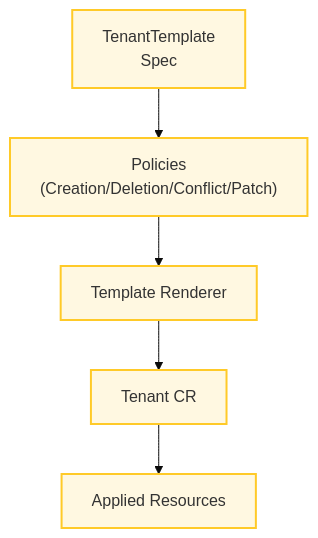
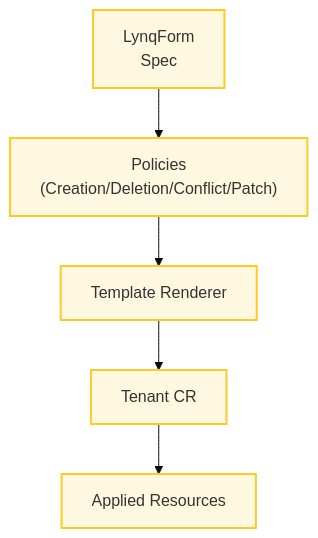
Before and after one commit to kubernetes-tenants/tenant-operator: the diagram in docs/configuration.md, drawn with Mermaid (base theme). The commit also changed other lines of this file and 193 other files, not shown here.

````diff
--- a/docs/configuration.md
+++ b/docs/configuration.md
@@ -107,13 +107,13 @@
 ```mermaid
 flowchart TB
-    Template["TenantTemplate<br/>Spec"]
+    Template["LynqForm<br/>Spec"]
     Policies["Policies<br/>(Creation/Deletion/Conflict/Patch)"]
     Renderer["Template Renderer"]
     Tenant["Tenant CR"]
     Resources["Applied Resources"]
 
     Template --> Policies --> Renderer --> Tenant --> Resources
 
     classDef block fill:#fff8e1,stroke:#ffca28,stroke-width:2px;
     class Template,Policies,Renderer,Tenant,Resources block;
 ```
````
